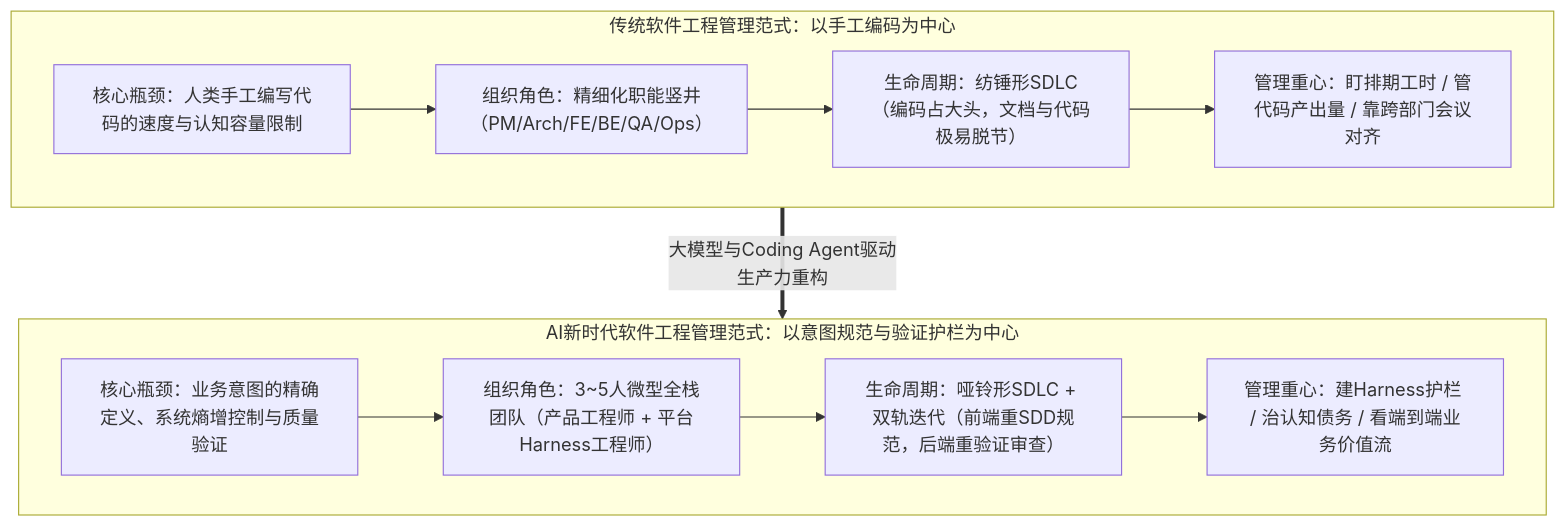
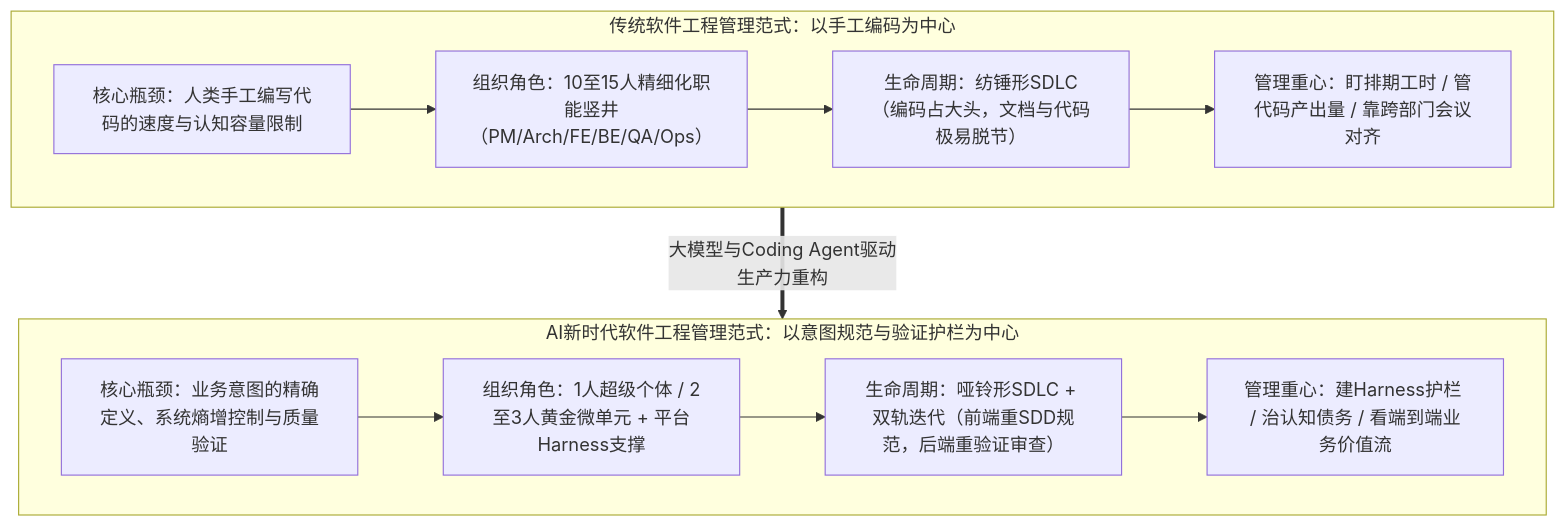
One commit to gqcn/johns-blog changed the sixth of 6 diagrams in docs/docs/1000-AI技术/200-应用开发/400-工程管理与实践/10000-AI时代的软件工程管理：角色重构、生命周期演进与治理新范式.md. Above: the diagram before and after it, drawn with Mermaid. The commit also changed other lines of this file, not shown here.

````diff
--- a/docs/docs/1000-AI技术/200-应用开发/400-工程管理与实践/10000-AI时代的软件工程管理：角色重构、生命周期演进与治理新范式.md
+++ b/docs/docs/1000-AI技术/200-应用开发/400-工程管理与实践/10000-AI时代的软件工程管理：角色重构、生命周期演进与治理新范式.md
@@ -464,20 +483,20 @@
 ```mermaid
 flowchart TB
     subgraph legacy ["传统软件工程管理范式：以手工编码为中心"]
         direction LR
         T_Core["核心瓶颈：人类手工编写代码的速度与认知容量限制"]
-        T_Role["组织角色：精细化职能竖井（PM/Arch/FE/BE/QA/Ops）"]
+        T_Role["组织角色：10至15人精细化职能竖井（PM/Arch/FE/BE/QA/Ops）"]
         T_Life["生命周期：纺锤形SDLC（编码占大头，文档与代码极易脱节）"]
         T_Mgmt["管理重心：盯排期工时 / 管代码产出量 / 靠跨部门会议对齐"]
         T_Core --> T_Role --> T_Life --> T_Mgmt
     end
     subgraph modern ["AI新时代软件工程管理范式：以意图规范与验证护栏为中心"]
         direction LR
         A_Core["核心瓶颈：业务意图的精确定义、系统熵增控制与质量验证"]
-        A_Role["组织角色：3~5人微型全栈团队（产品工程师 + 平台Harness工程师）"]
+        A_Role["组织角色：1人超级个体 / 2至3人黄金微单元 + 平台Harness支撑"]
         A_Life["生命周期：哑铃形SDLC + 双轨迭代（前端重SDD规范，后端重验证审查）"]
         A_Mgmt["管理重心：建Harness护栏 / 治认知债务 / 看端到端业务价值流"]
         A_Core --> A_Role --> A_Life --> A_Mgmt
     end
     legacy ==>|大模型与Coding Agent驱动生产力重构| modern
 ```
````
